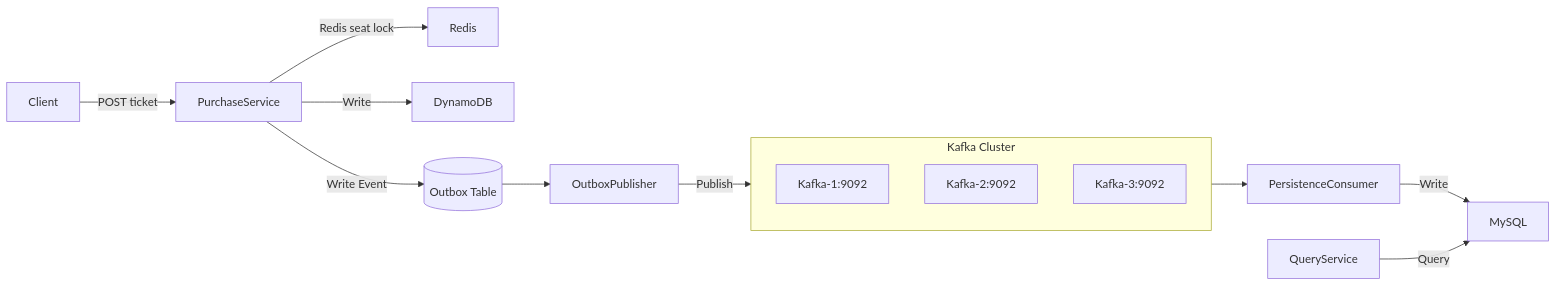
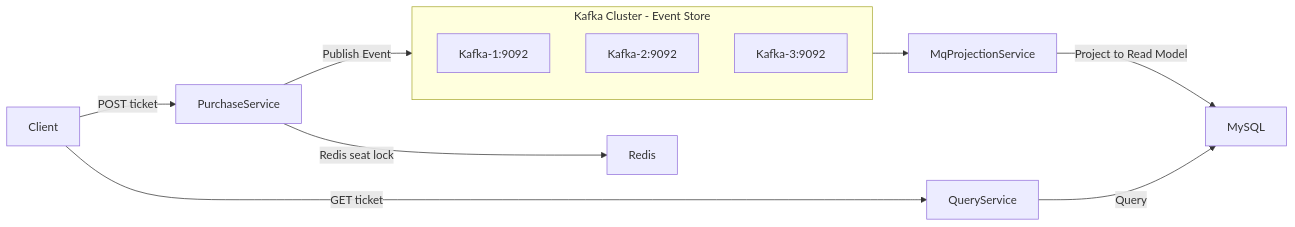
The diagram in README.md (SujieZong/High-Concurrency-CQRS-Ticketing-Platform), drawn with Mermaid before and after one commit. The commit also changed other lines of this file and 4 other files, not shown here.

````diff
--- a/README.md
+++ b/README.md
@@ -33,19 +32,17 @@
 ```mermaid
 flowchart LR
   Client -->|POST ticket| PurchaseService
   PurchaseService -->|Redis seat lock| Redis
-  PurchaseService -->|Write| DynamoDB
-  PurchaseService -->|Write Event| OutboxTable[(Outbox Table)]
-  OutboxTable --> OutboxPublisher
-  OutboxPublisher -->|Publish| KafkaCluster
+  PurchaseService -->|Publish Event| KafkaCluster
   
-  subgraph KafkaCluster[Kafka Cluster]
+  subgraph KafkaCluster[Kafka Cluster - Event Store]
     Kafka1[Kafka-1:9092]
     Kafka2[Kafka-2:9092] 
     Kafka3[Kafka-3:9092]
   end
   
-  KafkaCluster --> PersistenceConsumer
-  PersistenceConsumer -->|Write| MySQL
+  KafkaCluster --> MqProjectionService
+  MqProjectionService -->|Project to Read Model| MySQL
   QueryService -->|Query| MySQL
+  Client -->|GET ticket| QueryService
 ```
````
